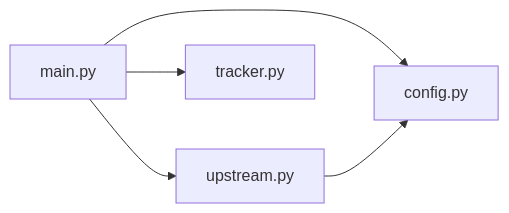
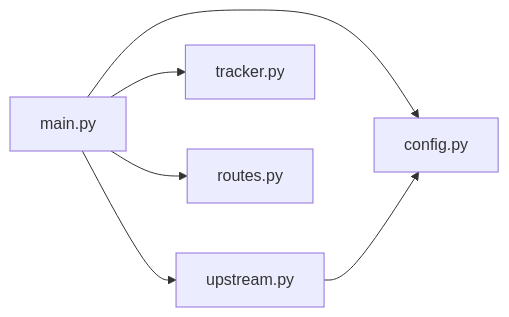
The diagram in docs/backend/07-struktur-kode.md (animemoeus/tije-api), drawn with Mermaid before and after one commit. The commit also changed other lines of this file and 11 other files, not shown here.

````diff
--- a/docs/backend/07-struktur-kode.md
+++ b/docs/backend/07-struktur-kode.md
@@ -25,7 +26,8 @@
 ```mermaid
 flowchart LR
     main[main.py] --> config[config.py]
     main --> upstream[upstream.py]
     main --> tracker[tracker.py]
+    main --> routes[routes.py]
     upstream --> config
 ```
````
